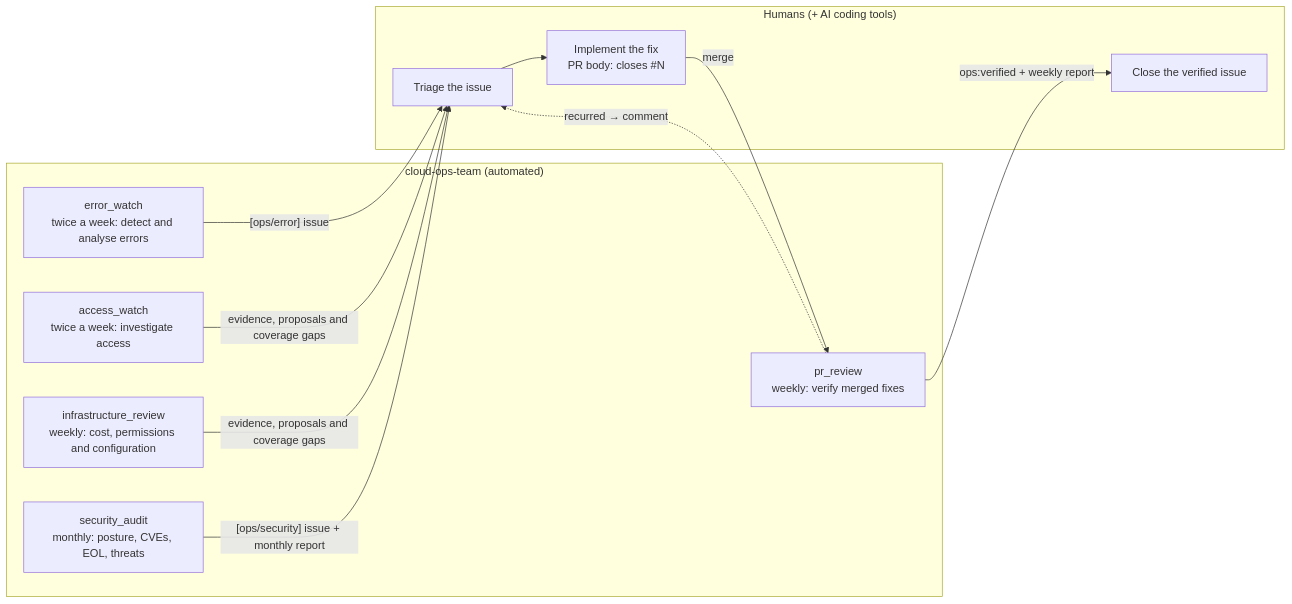
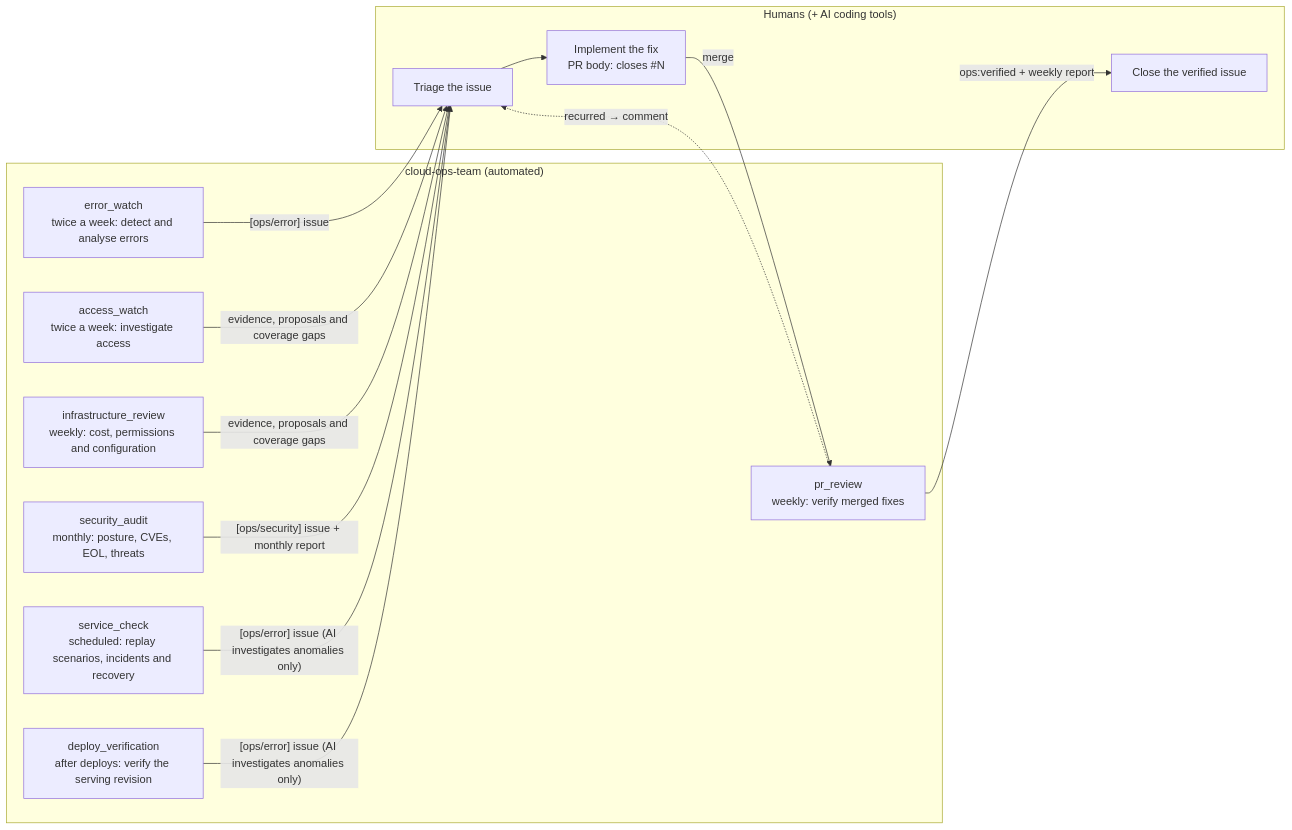
The first of 4 diagrams in docs/en/architecture.md (atsuki-sakai/cloud-ops-team), drawn with Mermaid before and after one commit. The commit also changed other lines of this file and 51 other files, not shown here.

````diff
--- a/docs/en/architecture.md
+++ b/docs/en/architecture.md
@@ -17,22 +19,25 @@
 ```mermaid
 flowchart LR
     subgraph Agents["cloud-ops-team (automated)"]
         EW["error_watch<br/>twice a week: detect and analyse errors"]
         AW["access_watch<br/>twice a week: investigate access"]
         IR["infrastructure_review<br/>weekly: cost, permissions and configuration"]
         SA["security_audit<br/>monthly: posture, CVEs, EOL, threats"]
         PR["pr_review<br/>weekly: verify merged fixes"]
+        SC["service_check<br/>scheduled: replay scenarios, incidents and recovery"]
+        DV["deploy_verification<br/>after deploys: verify the serving revision"]
     end
     subgraph Humans["Humans (+ AI coding tools)"]
         H1["Triage the issue"]
         H2["Implement the fix<br/>PR body: closes #N"]
         H3["Close the verified issue"]
     end
     EW -- "[ops/error] issue" --> H1
     AW & IR -- "evidence, proposals and coverage gaps" --> H1
     SA -- "[ops/security] issue + monthly report" --> H1
+    SC & DV -- "[ops/error] issue (AI investigates anomalies only)" --> H1
     H1 --> H2
     H2 -- "merge" --> PR
     PR -- "ops:verified + weekly report" --> H3
     PR -. "recurred → comment" .-> H1
 ```
````
